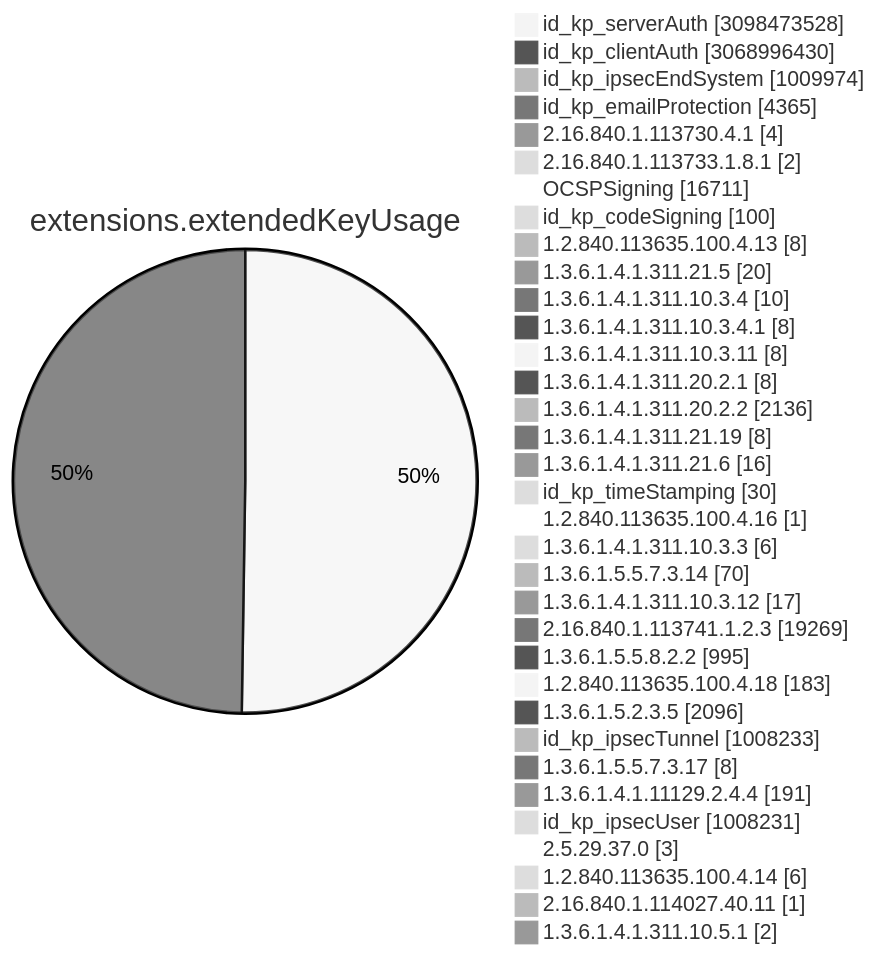
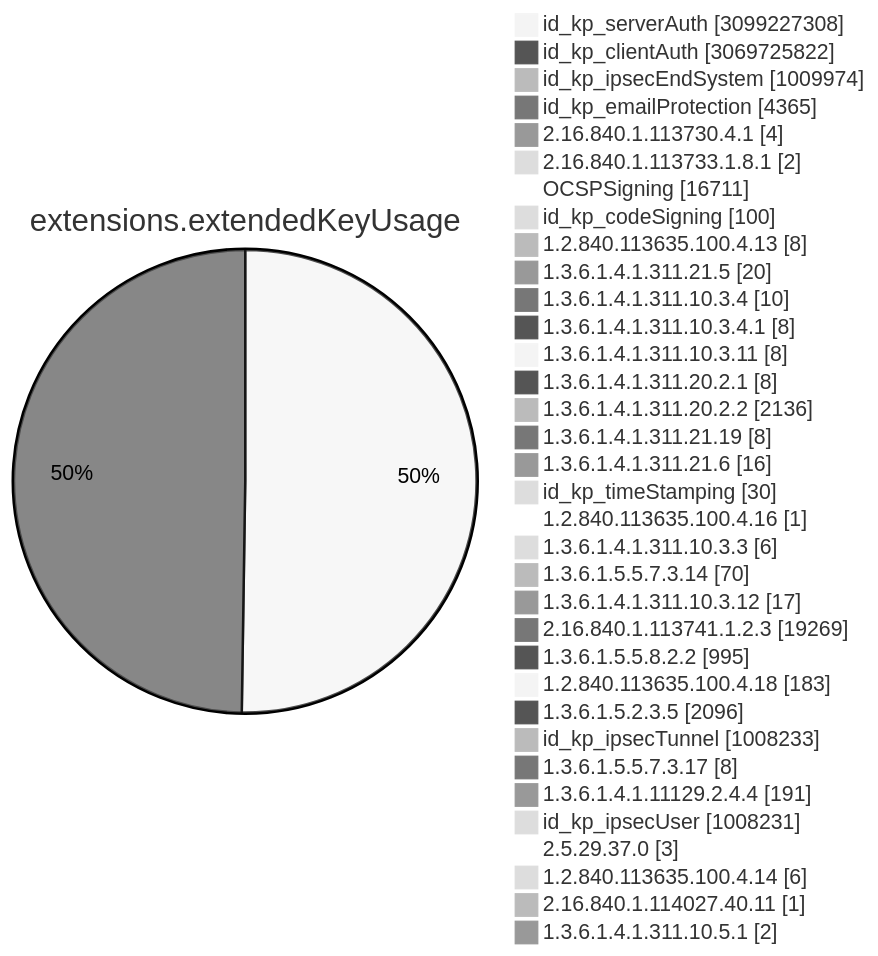
One commit to christiankrug/ctmonitor_visualization changed diagram 11 of 15 in TOTAL/README.md. Above: the diagram before and after it, drawn with Mermaid (neutral theme). The commit also changed other lines of this file, not shown here.

````diff
--- a/TOTAL/README.md
+++ b/TOTAL/README.md
@@ -4117,38 +4117,38 @@
 ```mermaid
 pie showData
 title extensions.extendedKeyUsage
-"id_kp_serverAuth" :3098473528
-"id_kp_clientAuth" :3068996430
+"id_kp_serverAuth" :3099227308
+"id_kp_clientAuth" :3069725822
 "id_kp_ipsecEndSystem" :1009974
 "id_kp_emailProtection" :4365
 "2.16.840.1.113730.4.1" :4
 "2.16.840.1.113733.1.8.1" :2
 "OCSPSigning" :16711
 "id_kp_codeSigning" :100
 "1.2.840.113635.100.4.13" :8
 "1.3.6.1.4.1.311.21.5" :20
 "1.3.6.1.4.1.311.10.3.4" :10
 "1.3.6.1.4.1.311.10.3.4.1" :8
 "1.3.6.1.4.1.311.10.3.11" :8
 "1.3.6.1.4.1.311.20.2.1" :8
 "1.3.6.1.4.1.311.20.2.2" :2136
 "1.3.6.1.4.1.311.21.19" :8
 "1.3.6.1.4.1.311.21.6" :16
 "id_kp_timeStamping" :30
 "1.2.840.113635.100.4.16" :1
 "1.3.6.1.4.1.311.10.3.3" :6
 "1.3.6.1.5.5.7.3.14" :70
 "1.3.6.1.4.1.311.10.3.12" :17
 "2.16.840.1.113741.1.2.3" :19269
 "1.3.6.1.5.5.8.2.2" :995
 "1.2.840.113635.100.4.18" :183
 "1.3.6.1.5.2.3.5" :2096
 "id_kp_ipsecTunnel" :1008233
 "1.3.6.1.5.5.7.3.17" :8
 "1.3.6.1.4.1.11129.2.4.4" :191
 "id_kp_ipsecUser" :1008231
 "2.5.29.37.0" :3
 "1.2.840.113635.100.4.14" :6
 "2.16.840.1.114027.40.11" :1
 "1.3.6.1.4.1.311.10.5.1" :2
 ```
````
